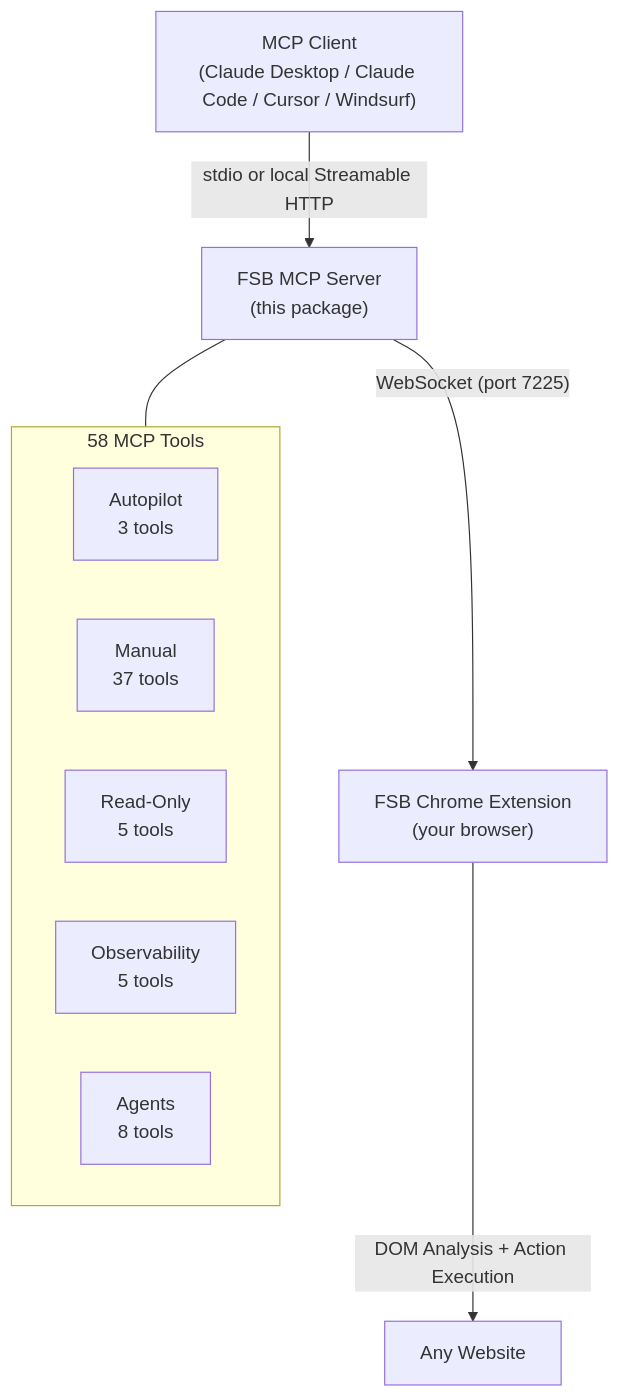
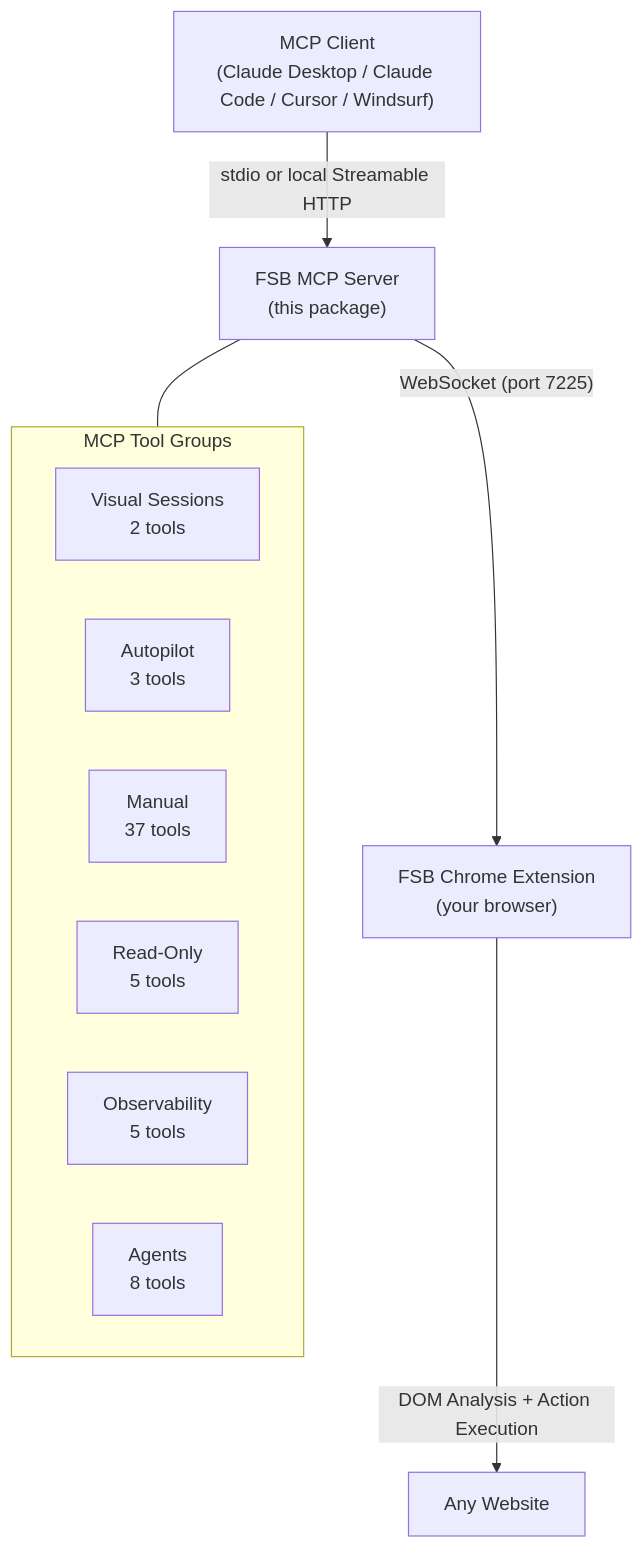
Before and after one commit to LakshmanTurlapati/FSB: the diagram in mcp-server/README.md, drawn with Mermaid. The commit also changed other lines of this file and 1 other file, not shown here.

Commit message:
docs(205-02): document MCP visual-session lifecycle

````diff
--- a/mcp-server/README.md
+++ b/mcp-server/README.md
@@ -410,17 +478,18 @@
 ```mermaid
 graph TD
     A["MCP Client\n(Claude Desktop / Claude Code / Cursor / Windsurf)"] -->|"stdio or local Streamable HTTP"| B["FSB MCP Server\n(this package)"]
     B -->|"WebSocket (port 7225)"| C["FSB Chrome Extension\n(your browser)"]
     C -->|"DOM Analysis + Action Execution"| D["Any Website"]
 
-    subgraph tools ["58 MCP Tools"]
+    subgraph tools ["MCP Tool Groups"]
         direction LR
+        T0["Visual Sessions\n2 tools"]
         T1["Autopilot\n3 tools"]
         T2["Manual\n37 tools"]
         T6["Read-Only\n5 tools"]
         T7["Observability\n5 tools"]
         T8["Agents\n8 tools"]
     end
 
     B --- tools
 ```
````
